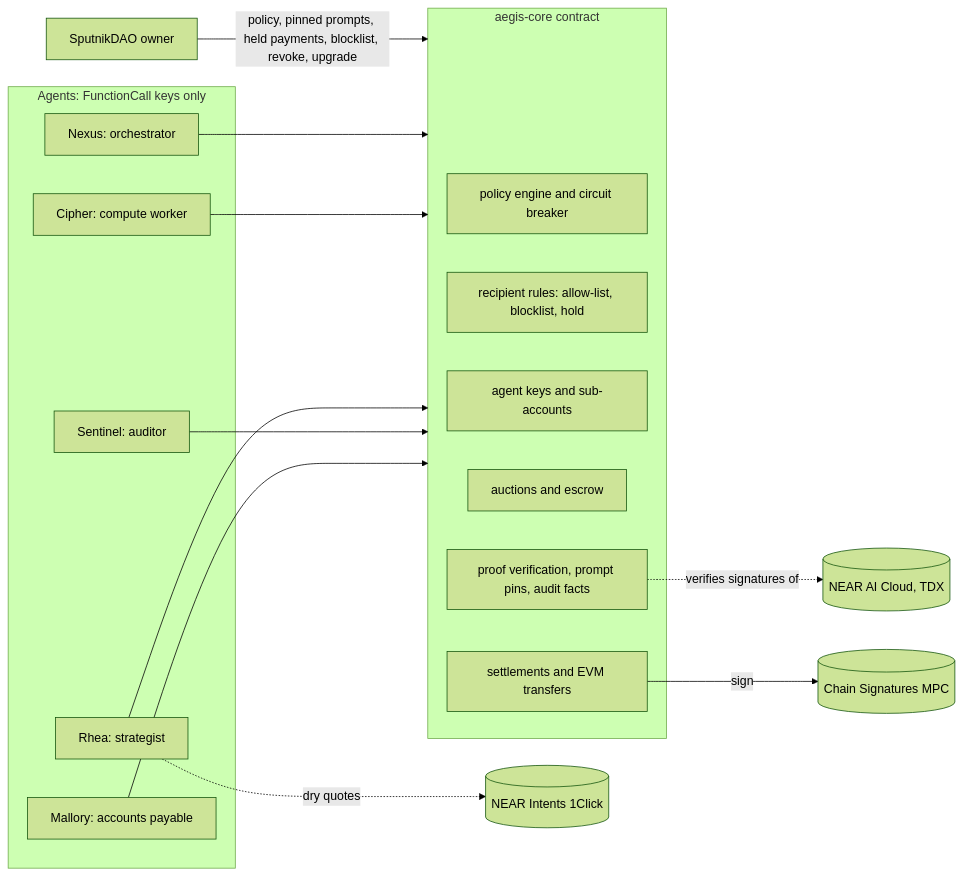
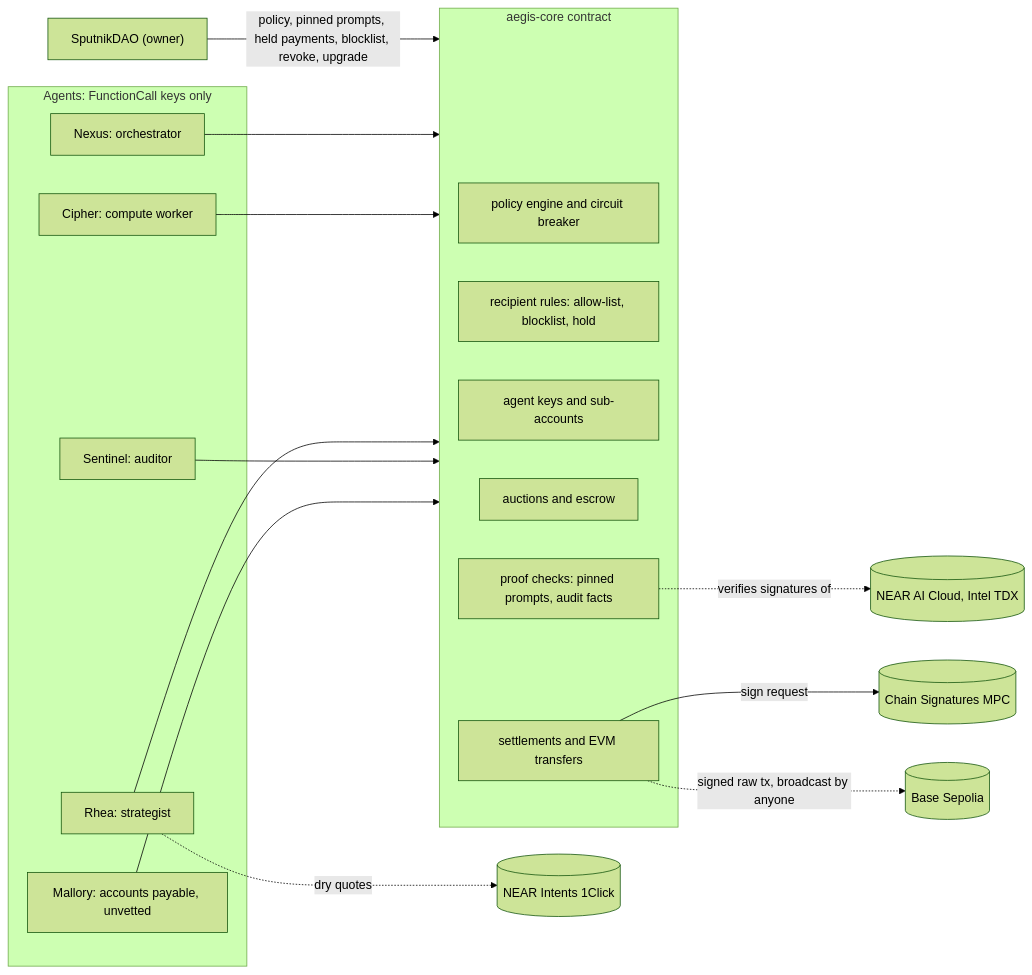
One commit to AmirMP12/PhalanxSwarm changed the diagram in README.md. Above: the diagram before and after it, drawn with Mermaid (forest theme). The commit also changed other lines of this file and 1 other file, not shown here.

First line of the commit message:
docs: restructure README and add the NEAR HACKATHON rules file

````diff
--- a/README.md
+++ b/README.md
@@ -253,23 +163,24 @@
 ```mermaid
 flowchart LR
-  DAO[SputnikDAO owner] -- policy, pinned prompts, held payments, blocklist, revoke, upgrade --> C
+  DAO["SputnikDAO (owner)"] -- "policy, pinned prompts, held payments, blocklist, revoke, upgrade" --> C
   subgraph Agents["Agents: FunctionCall keys only"]
-    N[Nexus: orchestrator]
-    X[Cipher: compute worker]
-    R[Rhea: strategist]
-    S[Sentinel: auditor]
-    M[Mallory: accounts payable]
+    N["Nexus: orchestrator"]
+    X["Cipher: compute worker"]
+    R["Rhea: strategist"]
+    S["Sentinel: auditor"]
+    M["Mallory: accounts payable, unvetted"]
   end
   subgraph C["aegis-core contract"]
-    P[policy engine and circuit breaker]
-    B[recipient rules: allow-list, blocklist, hold]
-    K[agent keys and sub-accounts]
-    MK[auctions and escrow]
-    A[proof verification, prompt pins, audit facts]
-    I[settlements and EVM transfers]
+    P["policy engine and circuit breaker"]
+    B["recipient rules: allow-list, blocklist, hold"]
+    K["agent keys and sub-accounts"]
+    MK["auctions and escrow"]
+    A["proof checks: pinned prompts, audit facts"]
+    I["settlements and EVM transfers"]
   end
   N & X & R & S & M --> C
-  A -. verifies signatures of .-> AI[(NEAR AI Cloud, TDX)]
-  I -- sign --> MPC[(Chain Signatures MPC)]
-  R -. dry quotes .-> OC[(NEAR Intents 1Click)]
+  A -. "verifies signatures of" .-> AI[("NEAR AI Cloud, Intel TDX")]
+  I -- "sign request" --> MPC[("Chain Signatures MPC")]
+  I -. "signed raw tx, broadcast by anyone" .-> EVM[("Base Sepolia")]
+  R -. "dry quotes" .-> OC[("NEAR Intents 1Click")]
 ```
````
